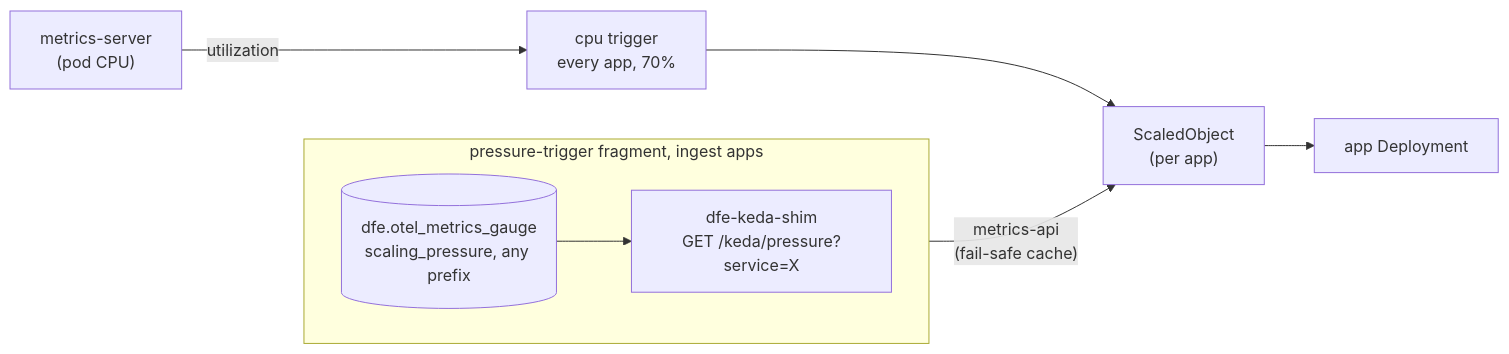
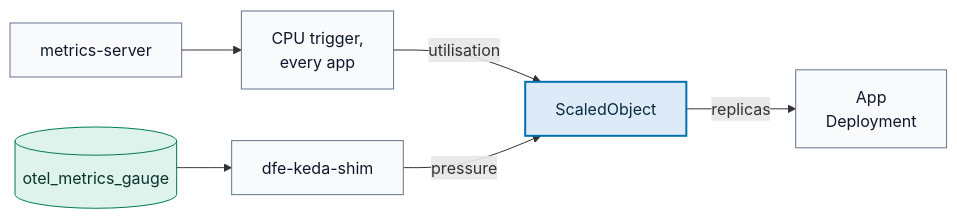
Before and after one commit to hyperi-io/dfe-engine: the diagram in docs/deployment/keda-scaling.md, drawn with Mermaid. The commit also changed other lines of this file and 71 other files, not shown here.

First line of the commit message:
docs(engine): fix 159 claims and redraw every diagram

````diff
--- a/docs/deployment/keda-scaling.md
+++ b/docs/deployment/keda-scaling.md
@@ -42,11 +44,24 @@
 ```mermaid
 flowchart LR
-    ms["metrics-server\n(pod CPU)"] -->|utilization| cpuTrig["cpu trigger\nevery app, 70%"]
-    subgraph shimPath["pressure-trigger fragment, ingest apps"]
-        direction LR
-        gauge[("dfe.otel_metrics_gauge\nscaling_pressure, any prefix")] --> shim["dfe-keda-shim\nGET /keda/pressure?service=X"]
-    end
-    cpuTrig --> so["ScaledObject\n(per app)"]
-    shim -->|"metrics-api\n(fail-safe cache)"| so
-    so --> dep["app Deployment"]
+    accTitle: L4 Detail -- KEDA triggers
+    accDescr: metrics-server feeds the CPU trigger on every app. The scaling_pressure gauge rows in otel_metrics_gauge feed dfe-keda-shim, which serves the pressure on the ingest apps. KEDA's ScaledObject takes the higher of the two and sets the app Deployment's replicas.
+
+    ms["metrics-server"]
+    gauge[("otel_metrics_gauge")]
+    cpu["CPU trigger,<br/>every app"]
+    shim["dfe-keda-shim"]
+    so["ScaledObject"]
+    dep["App<br/>Deployment"]
+
+    ms --> cpu
+    gauge --> shim
+    cpu -->|utilisation| so
+    shim -->|pressure| so
+    so -->|replicas| dep
+
+    classDef default fill:#F8FAFC,stroke:#64748B,stroke-width:1px,color:#0F172A
+    classDef core fill:#DCEBF7,stroke:#0072B2,stroke-width:2px,color:#0B2A3F
+    classDef store fill:#DDF3EC,stroke:#00785A,stroke-width:1px,color:#0B3327
+    class so core
+    class gauge store
 ```
````
